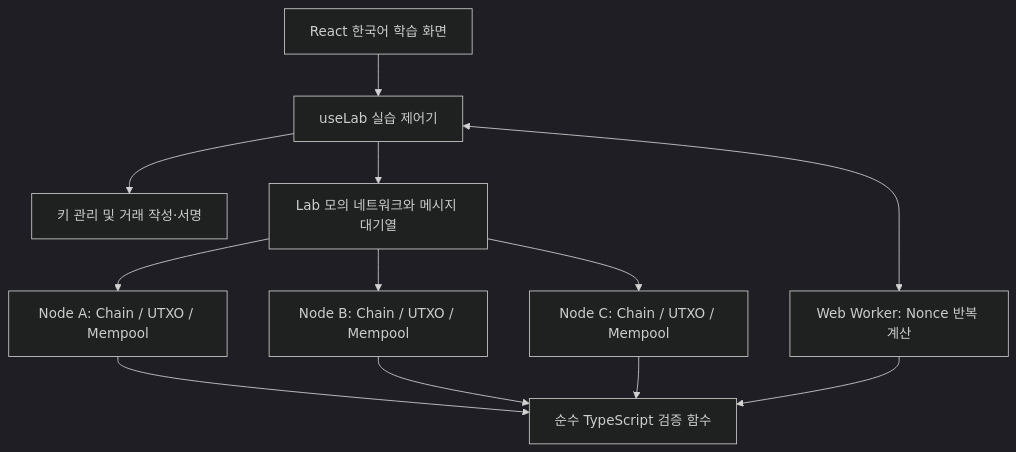
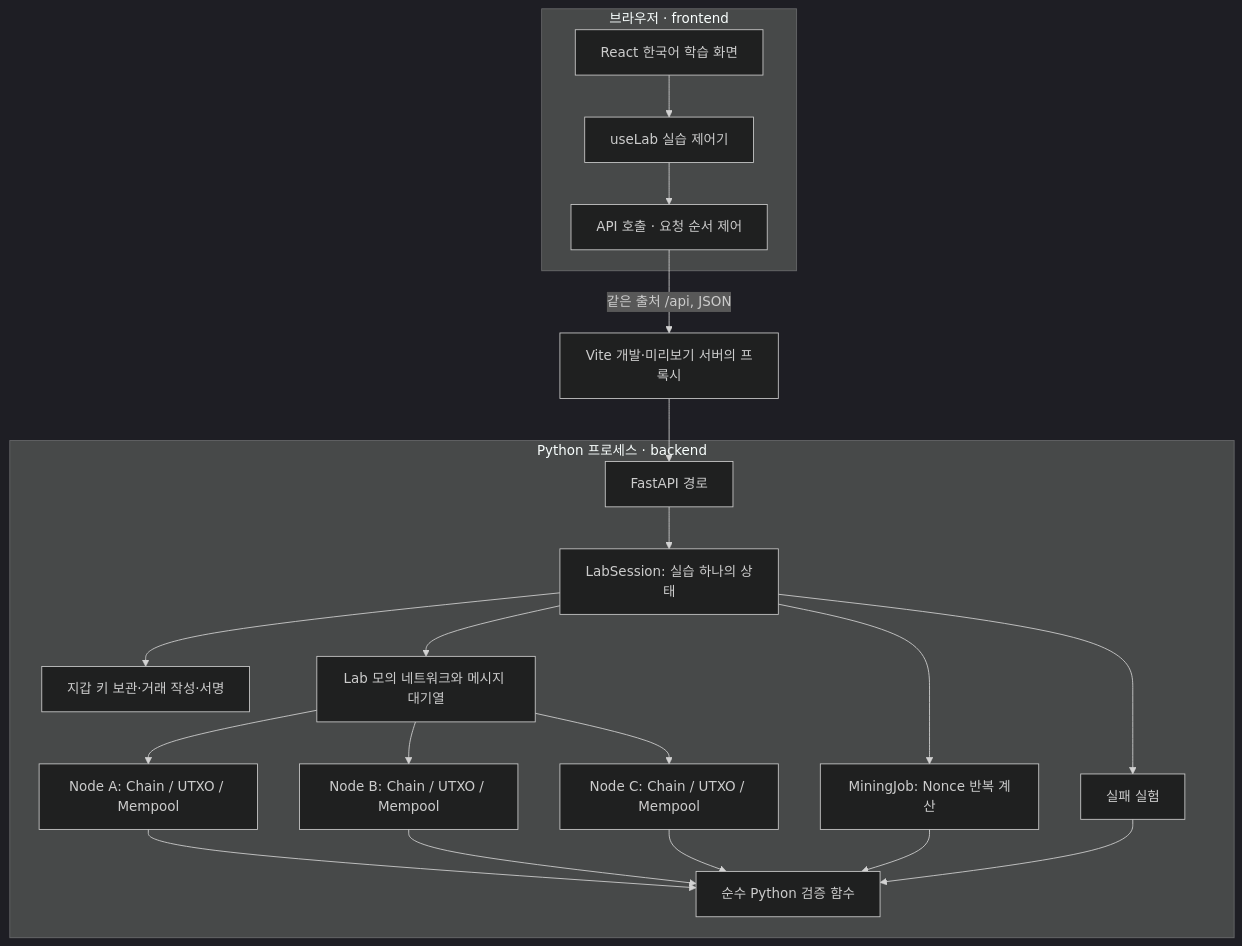
One commit to jiho6367-design/mini-bitcoin-education changed the diagram in docs/architecture.md. Above: the diagram before and after it, drawn with Mermaid (dark theme). The commit also changed other lines of this file and 126 other files, not shown here.

````diff
--- a/docs/architecture.md
+++ b/docs/architecture.md
@@ -5,14 +5,24 @@
 ```mermaid
 flowchart TD
-  UI[React 한국어 학습 화면] --> Controller[useLab 실습 제어기]
-  Controller --> Wallet[키 관리 및 거래 작성·서명]
-  Controller --> Lab[Lab 모의 네트워크와 메시지 대기열]
-  Lab --> A[Node A: Chain / UTXO / Mempool]
-  Lab --> B[Node B: Chain / UTXO / Mempool]
-  Lab --> C[Node C: Chain / UTXO / Mempool]
-  Controller <--> Worker[Web Worker: Nonce 반복 계산]
-  A --> Core[순수 TypeScript 검증 함수]
-  B --> Core
-  C --> Core
-  Worker --> Core
+  subgraph Browser[브라우저 · frontend]
+    UI[React 한국어 학습 화면] --> Controller[useLab 실습 제어기]
+    Controller --> Client[API 호출 · 요청 순서 제어]
+  end
+  Client -->|같은 출처 /api, JSON| Proxy[Vite 개발·미리보기 서버의 프록시]
+  Proxy --> API[FastAPI 경로]
+  subgraph Backend[Python 프로세스 · backend]
+    API --> Session[LabSession: 실습 하나의 상태]
+    Session --> Wallet[지갑 키 보관·거래 작성·서명]
+    Session --> Lab[Lab 모의 네트워크와 메시지 대기열]
+    Session --> Mining[MiningJob: Nonce 반복 계산]
+    Session --> Experiments[실패 실험]
+    Lab --> A[Node A: Chain / UTXO / Mempool]
+    Lab --> B[Node B: Chain / UTXO / Mempool]
+    Lab --> C[Node C: Chain / UTXO / Mempool]
+    A --> Core[순수 Python 검증 함수]
+    B --> Core
+    C --> Core
+    Mining --> Core
+    Experiments --> Core
+  end
 ```
````
